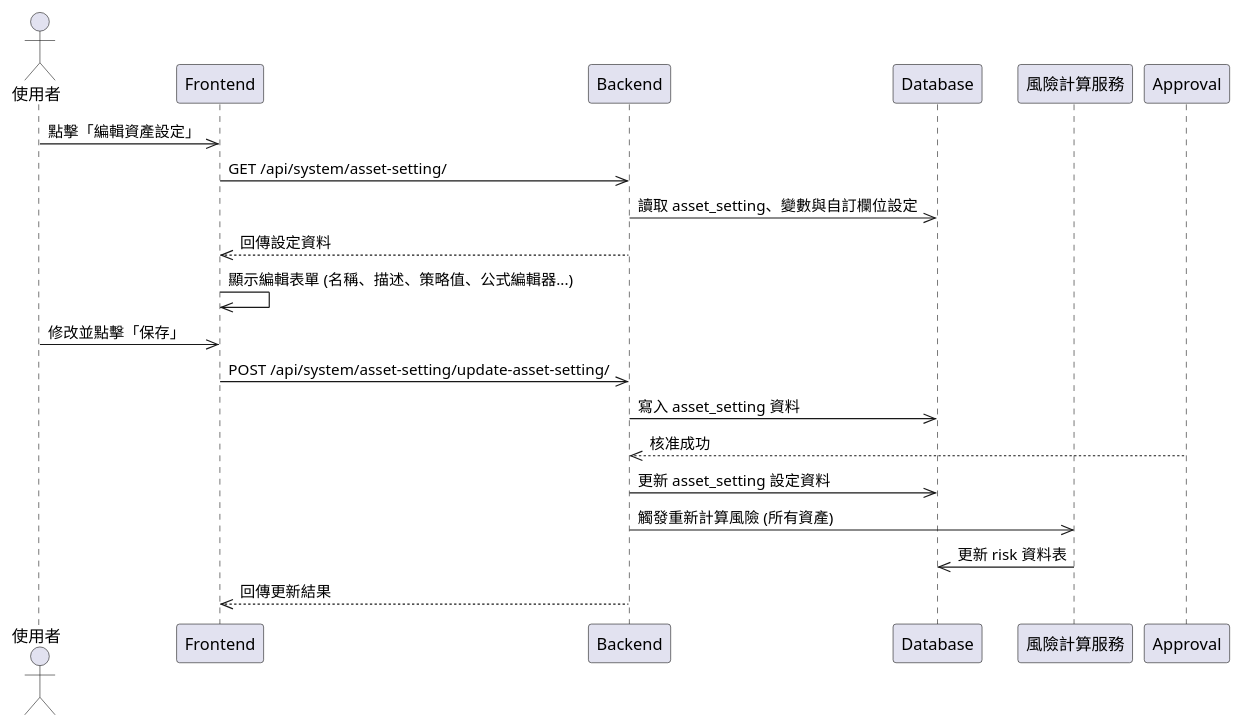
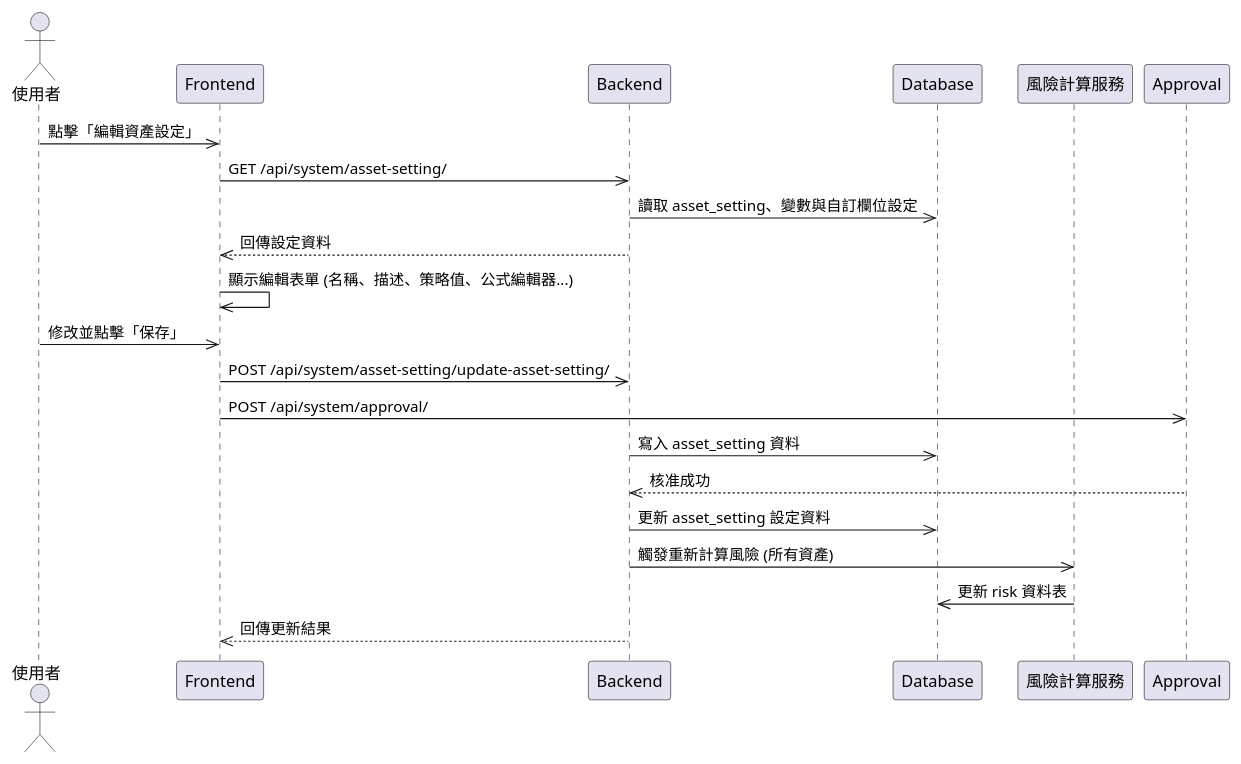
Before and after one commit to walle45611/NTUB_SecuManag_Diagram: the diagram in plantUML/sequence/asset_setting_edit.puml, drawn with PlantUML. The commit also changed 5 other files, not shown here.

```diff
--- a/plantUML/sequence/asset_setting_edit.puml
+++ b/plantUML/sequence/asset_setting_edit.puml
@@ -1,25 +1,23 @@
 @startuml
 
 actor User as "使用者"
 participant Frontend
 participant Backend
 participant Database
 participant Service as "風險計算服務"
 
 User ->> Frontend: 點擊「編輯資產設定」
 Frontend ->> Backend: GET /api/system/asset-setting/
 Backend ->> Database: 讀取 asset_setting、變數與自訂欄位設定
 Backend -->> Frontend: 回傳設定資料
 Frontend ->> Frontend: 顯示編輯表單 (名稱、描述、策略值、公式編輯器...)
 User ->> Frontend: 修改並點擊「保存」
 Frontend ->> Backend: POST /api/system/asset-setting/update-asset-setting/
+Frontend ->> Approval: POST /api/system/approval/
 Backend ->> Database: 寫入 asset_setting 資料
 Approval-->>Backend: 核准成功
-
-
 Backend ->> Database: 更新 asset_setting 設定資料
-
 Backend ->> Service: 觸發重新計算風險 (所有資產)
 Service ->> Database: 更新 risk 資料表
 Backend -->> Frontend: 回傳更新結果
 @enduml
```
